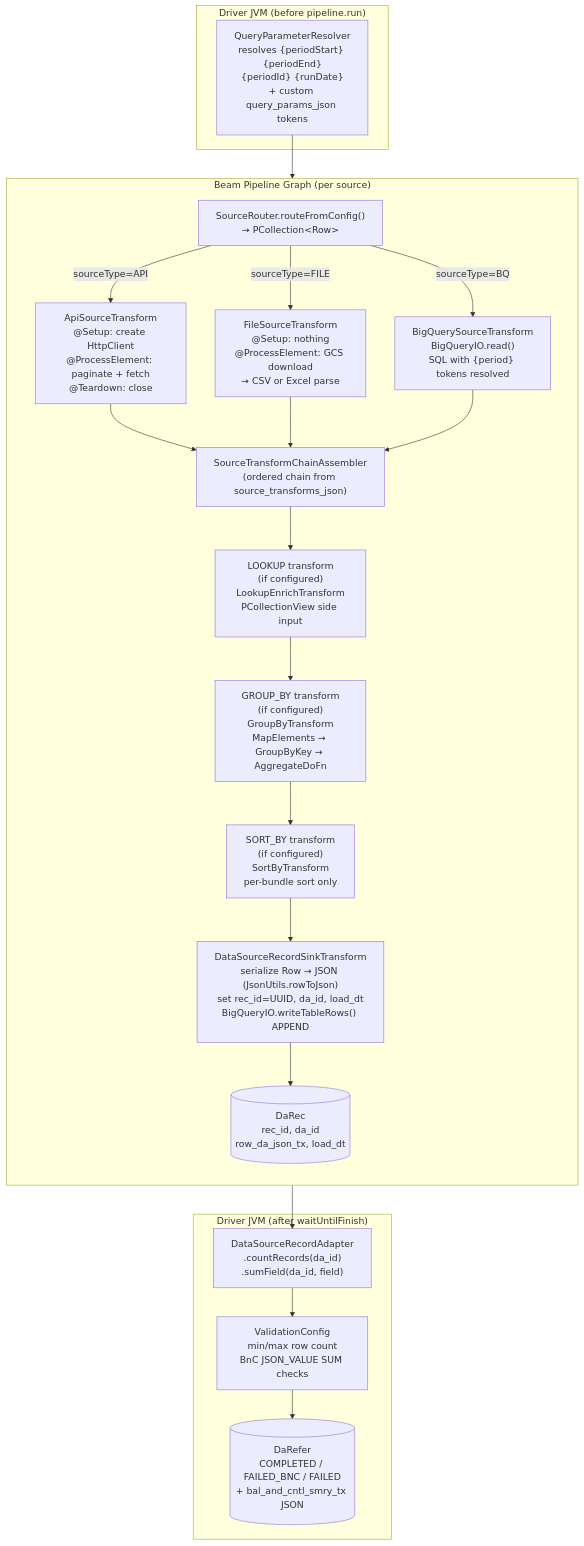
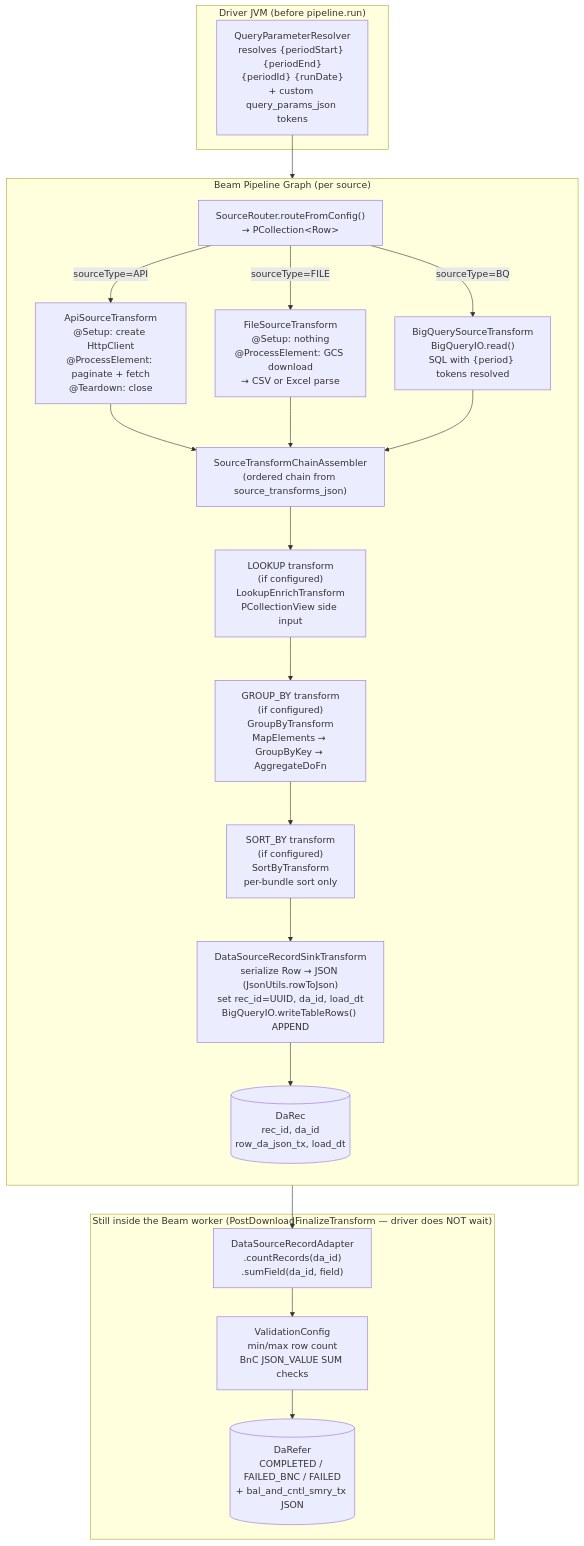
One commit to tushark-16bit/beam_framework changed the fourth of 17 diagrams in WALKTHROUGH.md. Above: the diagram before and after it, drawn with Mermaid. The commit also changed other lines of this file and 12 other files, not shown here.

````diff
--- a/WALKTHROUGH.md
+++ b/WALKTHROUGH.md
@@ -140,33 +145,33 @@
 ```mermaid
 flowchart TD
     subgraph "Beam Pipeline Graph (per source)"
         direction TB
         A["SourceRouter.routeFromConfig()\n→ PCollection&lt;Row&gt;"]
 
         A -->|sourceType=API| B1["ApiSourceTransform\n@Setup: create HttpClient\n@ProcessElement: paginate + fetch\n@Teardown: close"]
         A -->|sourceType=FILE| B2["FileSourceTransform\n@Setup: nothing\n@ProcessElement: GCS download\n→ CSV or Excel parse"]
         A -->|sourceType=BQ| B3["BigQuerySourceTransform\nBigQueryIO.read()\nSQL with {period} tokens resolved"]
 
         B1 --> C["SourceTransformChainAssembler\n(ordered chain from source_transforms_json)"]
         B2 --> C
         B3 --> C
 
         C --> D1["LOOKUP transform\n(if configured)\nLookupEnrichTransform\nPCollectionView side input"]
         D1 --> D2["GROUP_BY transform\n(if configured)\nGroupByTransform\nMapElements → GroupByKey → AggregateDoFn"]
         D2 --> D3["SORT_BY transform\n(if configured)\nSortByTransform\nper-bundle sort only"]
 
         D3 --> F["DataSourceRecordSinkTransform\nserialize Row → JSON (JsonUtils.rowToJson)\nset rec_id=UUID, da_id, load_dt\nBigQueryIO.writeTableRows() APPEND"]
         F --> RecTab[("DaRec\nrec_id, da_id\nrow_da_json_tx, load_dt")]
     end
 
     subgraph "Driver JVM (before pipeline.run)"
         H["QueryParameterResolver\nresolves {periodStart} {periodEnd}\n{periodId} {runDate}\n+ custom query_params_json tokens"]
         H --> A
     end
 
-    subgraph "Driver JVM (after waitUntilFinish)"
+    subgraph "Still inside the Beam worker (PostDownloadFinalizeTransform — driver does NOT wait)"
         RecTab --> I["DataSourceRecordAdapter\n.countRecords(da_id)\n.sumField(da_id, field)"]
         I --> J["ValidationConfig\nmin/max row count\nBnC JSON_VALUE SUM checks"]
         J --> K[("DaRefer\nCOMPLETED / FAILED_BNC / FAILED\n+ bal_and_cntl_smry_tx JSON")]
     end
 ```
````
